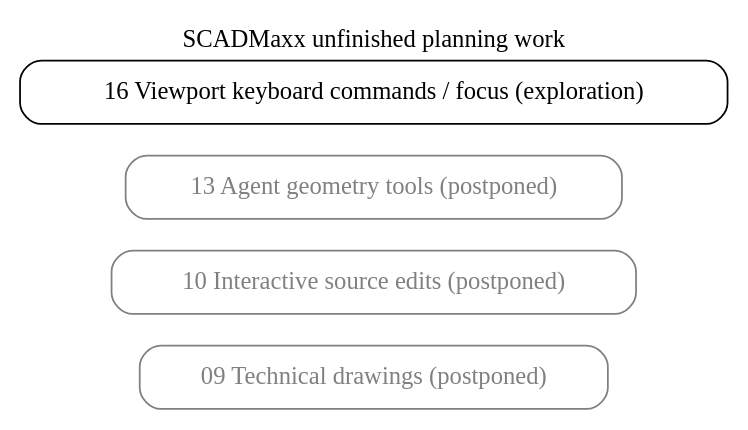
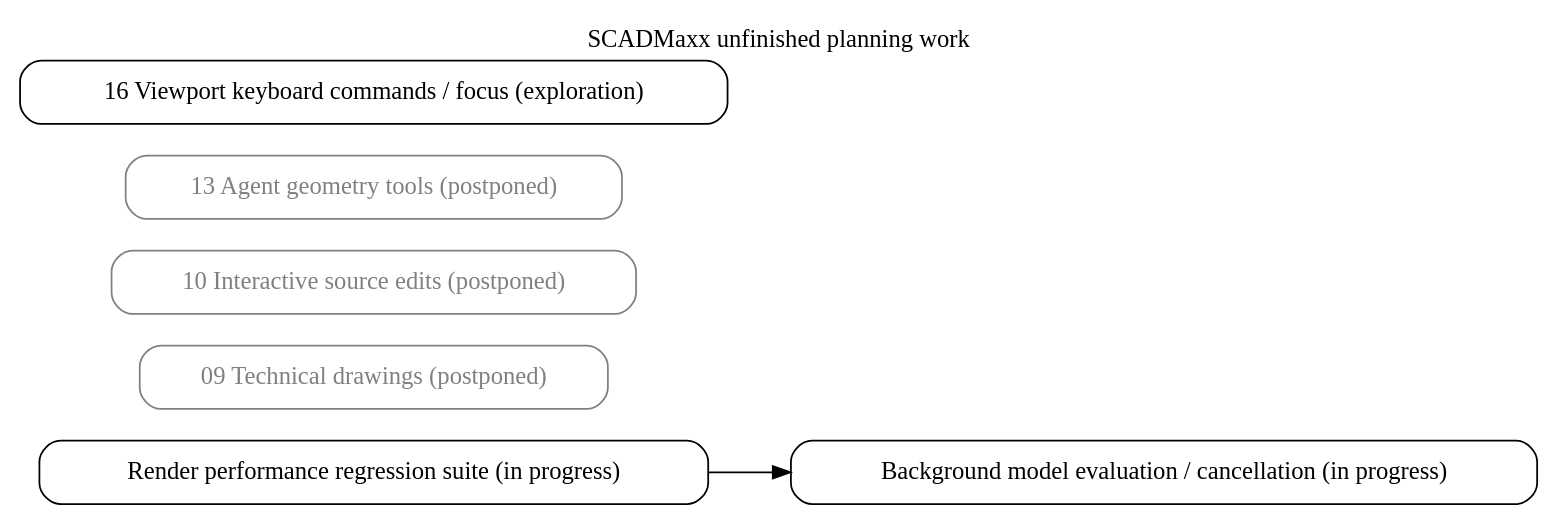
One commit to etjones/SCADMaxx changed the diagram in .plans/feature_dependencies.dot. Above: the diagram before and after it, drawn with Graphviz. The commit also changed 161 other files, not shown here.

```diff
--- a/.plans/feature_dependencies.dot
+++ b/.plans/feature_dependencies.dot
@@ -1,15 +1,20 @@
 digraph SCADMaxxFeatureDependencies {
   graph [rankdir=LR, label="SCADMaxx unfinished planning work", labelloc=t];
   node [shape=box, style=rounded];
 
   // Implemented prerequisites are omitted from this sparse work-order graph.
   // Actual maintained source ancestry, including completed foundations, is in
   // ../experimental/DEPENDENCIES.json and ../docs/feature-ancestry.md.
   // Independent reopen-last-model-on-startup (2026-10-06) has no sequencing edges and is omitted.
+  // Geometry-bounds (2026-10-07) depends only on implemented OEP8 and has no unfinished sequencing edges.
   // Functional-toolbar-groups (2026-10-06) has no established sequencing edges and is omitted.
+  // Baseline validation precedes accepting the background-evaluation refactor; this is not source ancestry.
+  performance [label="Render performance regression suite (in progress)", URL="2_in-progress/2026-10-07_render-performance-regressions/1_exploration.md"];
+  background [label="Background model evaluation / cancellation (in progress)", URL="2_in-progress/2026-10-07_background-model-evaluation/1_exploration.md"];
+  performance -> background;
   // 09/10/13 consume existing foundations; none depends on another consumer UI.
   drawings [label="09 Technical drawings (postponed)", color=gray, fontcolor=gray, URL="1_planning/2026-10-03_09_technical-drawings/1_exploration.md"];
   editing [label="10 Interactive source edits (postponed)", color=gray, fontcolor=gray, URL="1_planning/2026-10-03_10_interactive-source-editing/1_exploration.md"];
   analysis [label="13 Agent geometry tools (postponed)", color=gray, fontcolor=gray, URL="1_planning/2026-10-03_13_agent-geometry-analysis/1_exploration.md"];
   keyboard [label="16 Viewport keyboard commands / focus (exploration)", URL="1_planning/2026-10-04_16_viewport-keyboard-commands/1_exploration.md"];
 }
```
